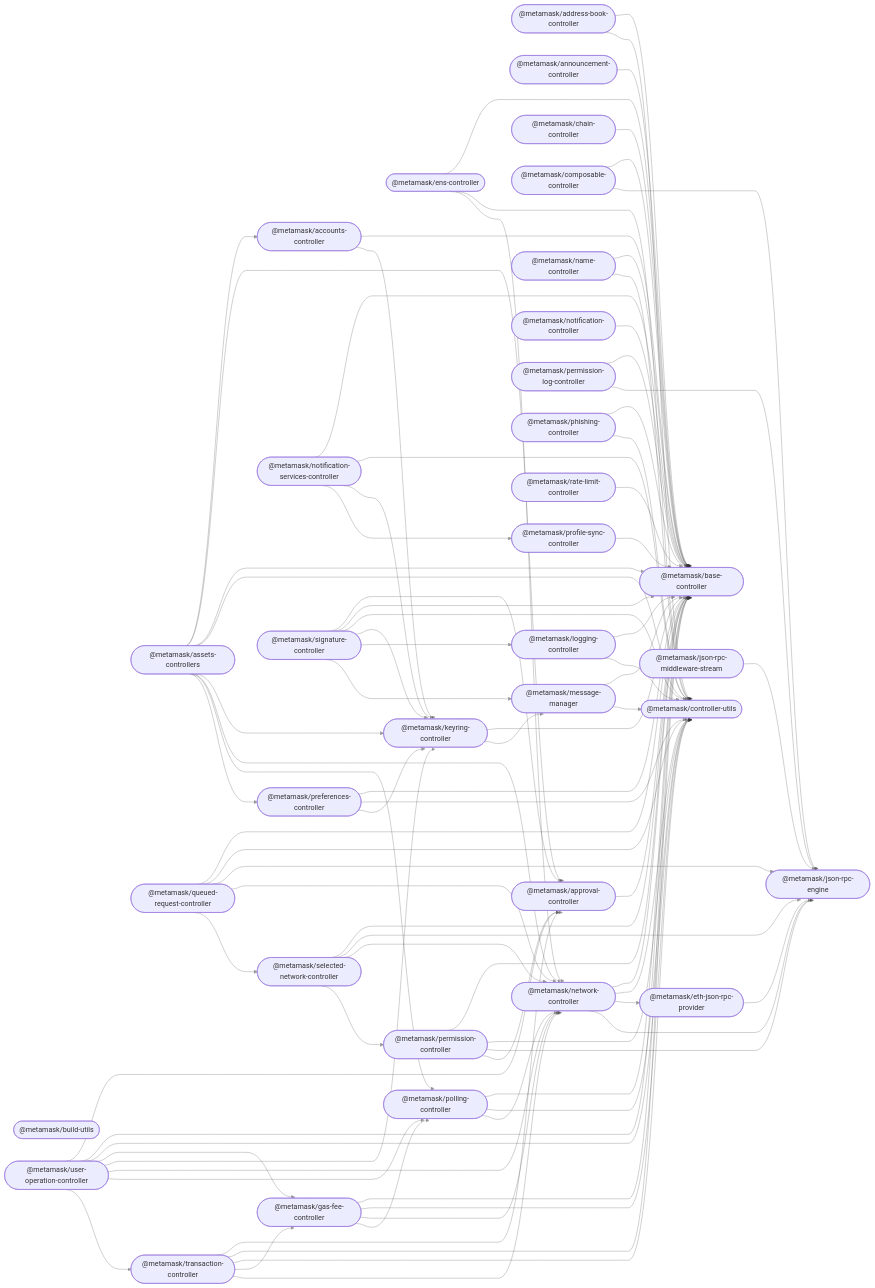
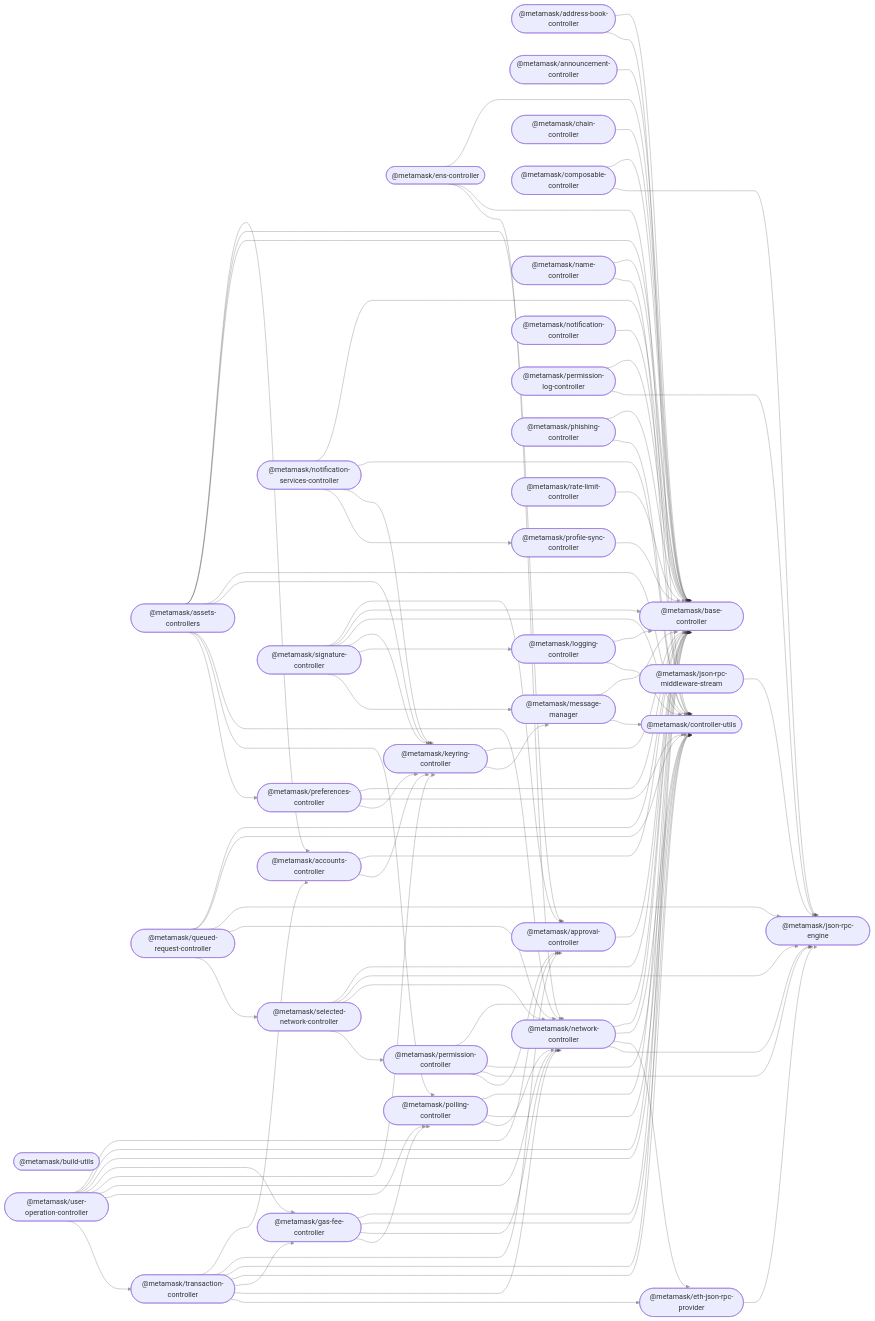
Before and after one commit to MetaMask/core: the diagram in README.md, drawn with Mermaid. The commit also changed 1 other file, not shown here.

Commit message:
fix: Fix `update-readme-content` script
The `update-readme-content` script will automatically update the
package graph in the README. This script was omitting the first
package in the list, the `accounts-controller` package.

The script has been updated to stop removing this package, and the
script was run to update the current README (one dependency between
core packages was missing).

It's unclear why the first line was removed in the first place. It's
possible that an earlier version of Yarn had one additional line in the
output.

```diff
--- a/README.md
+++ b/README.md
@@ -161,11 +161,13 @@
   signature_controller --> keyring_controller;
   signature_controller --> logging_controller;
   signature_controller --> message_manager;
+  transaction_controller --> accounts_controller;
   transaction_controller --> approval_controller;
   transaction_controller --> base_controller;
   transaction_controller --> controller_utils;
   transaction_controller --> gas_fee_controller;
   transaction_controller --> network_controller;
+  transaction_controller --> eth_json_rpc_provider;
   user_operation_controller --> approval_controller;
   user_operation_controller --> base_controller;
   user_operation_controller --> controller_utils;
```
